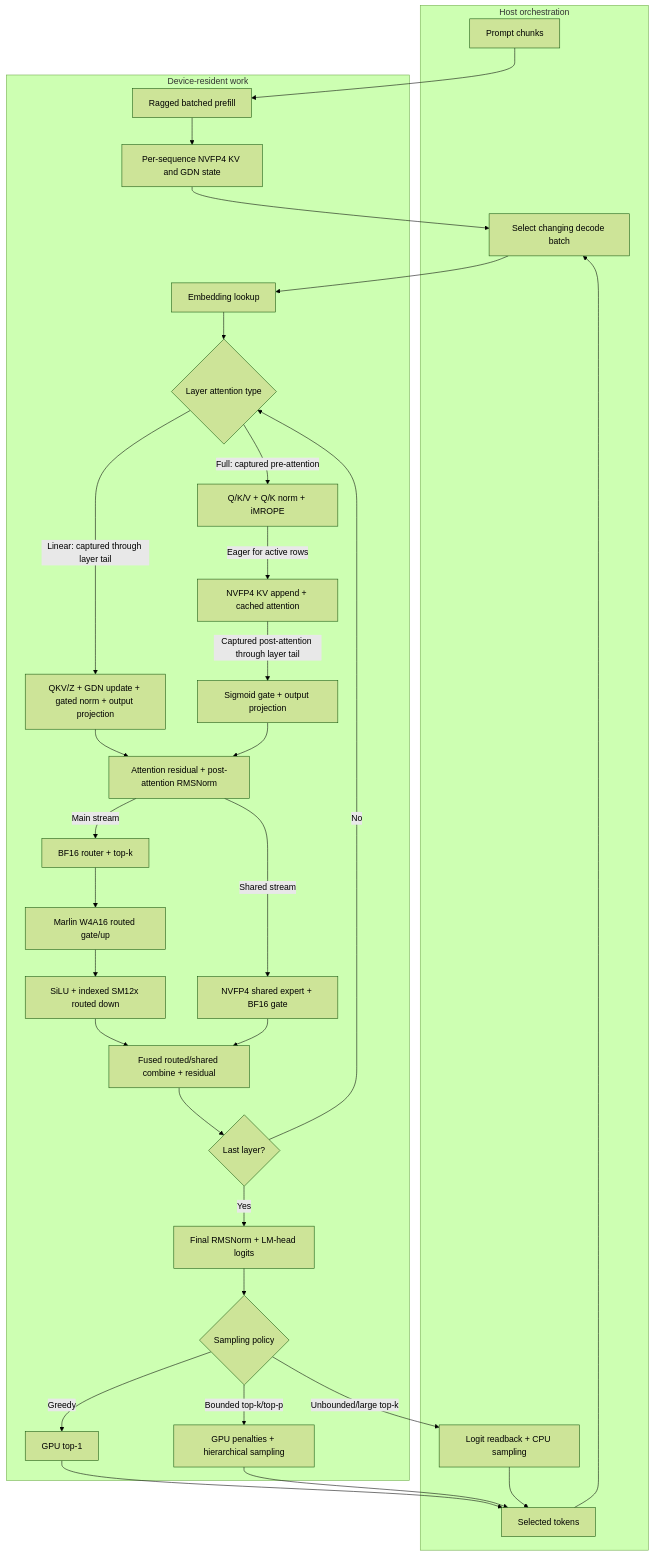
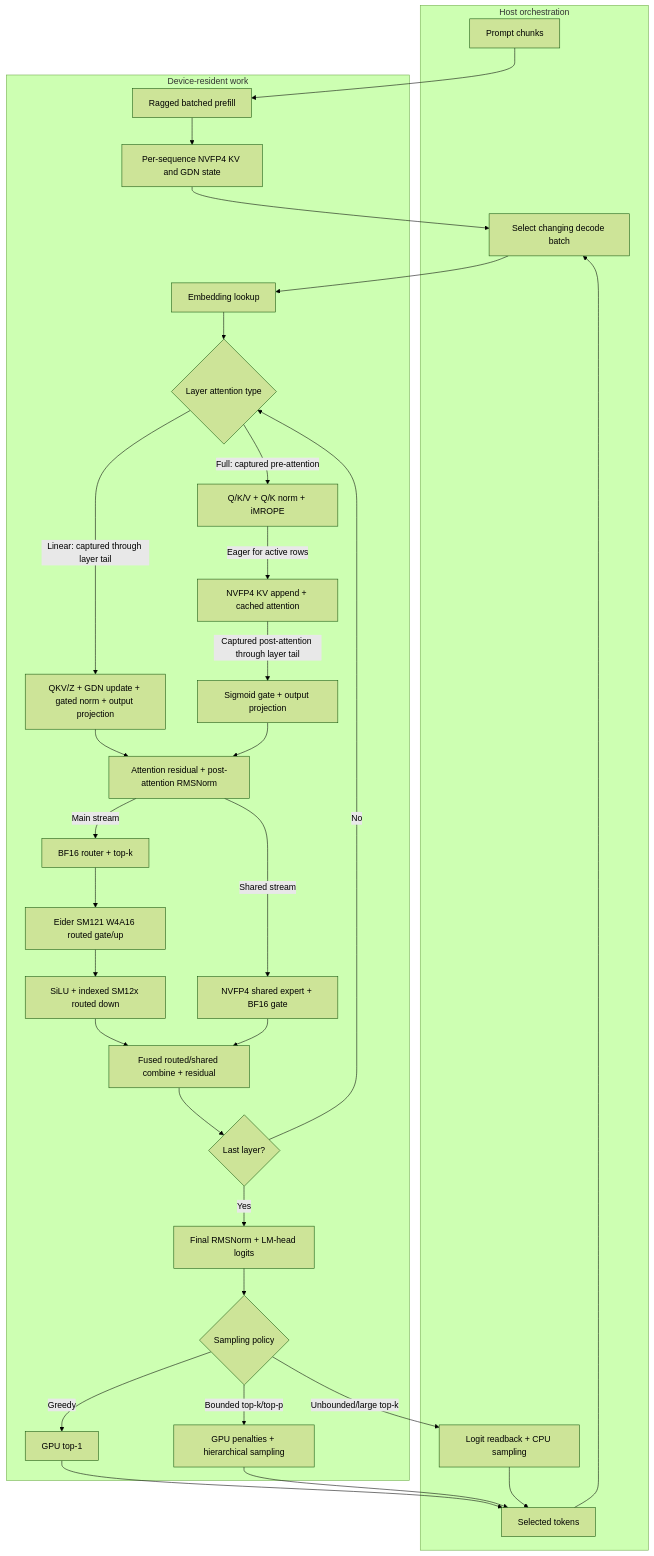
The diagram in README.md (rdaum/eider), drawn with Mermaid (forest theme) before and after one commit. The commit also changed other lines of this file and 30 other files, not shown here.

````diff
--- a/README.md
+++ b/README.md
@@ -402,59 +402,59 @@
 ```mermaid
 flowchart TD
     A[Prompt chunks] --> B[Ragged batched prefill]
     B --> C[Per-sequence NVFP4 KV and GDN state]
     C --> D[Select changing decode batch]
     D --> E[Embedding lookup]
     E --> F{Layer attention type}
     F -->|Linear: captured through layer tail| G[QKV/Z + GDN update + gated norm + output projection]
     F -->|Full: captured pre-attention| H[Q/K/V + Q/K norm + iMROPE]
     H -->|Eager for active rows| I[NVFP4 KV append + cached attention]
     I -->|Captured post-attention through layer tail| J[Sigmoid gate + output projection]
     G --> K[Attention residual + post-attention RMSNorm]
     J --> K
     K -->|Main stream| L[BF16 router + top-k]
     K -->|Shared stream| M[NVFP4 shared expert + BF16 gate]
-    L --> N[Marlin W4A16 routed gate/up]
+    L --> N[Eider SM121 W4A16 routed gate/up]
     N --> O[SiLU + indexed SM12x routed down]
     O --> P[Fused routed/shared combine + residual]
     M --> P
     P --> Q{Last layer?}
     Q -->|No| F
     Q -->|Yes| R[Final RMSNorm + LM-head logits]
     R --> S{Sampling policy}
     S -->|Greedy| T[GPU top-1]
     S -->|Bounded top-k/top-p| U[GPU penalties + hierarchical sampling]
     S -->|Unbounded/large top-k| V[Logit readback + CPU sampling]
     T --> W[Selected tokens]
     U --> W
     V --> W
     W --> D
 
     subgraph Host[Host orchestration]
         A
         D
         V
         W
     end
     subgraph Device[Device-resident work]
         B
         C
         E
         F
         G
         H
         I
         J
         K
         L
         M
         N
         O
         P
         Q
         R
         S
         T
         U
     end
 ```
````
